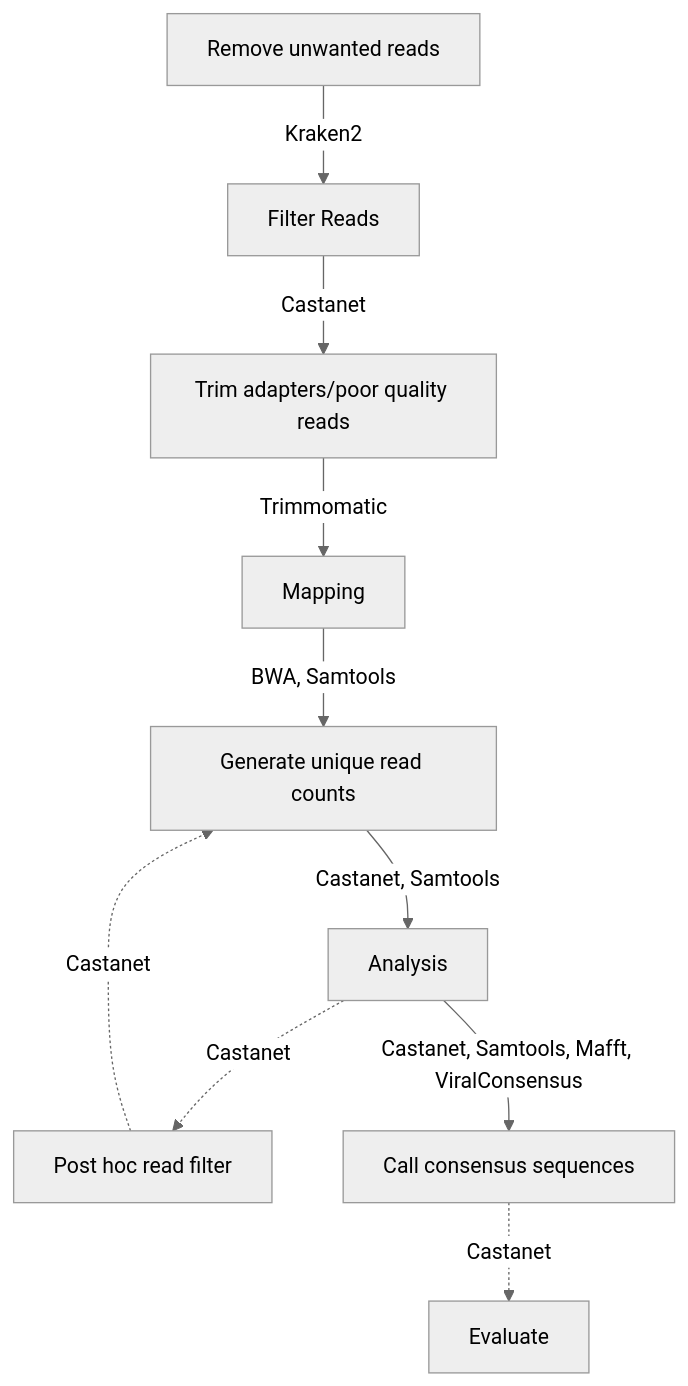
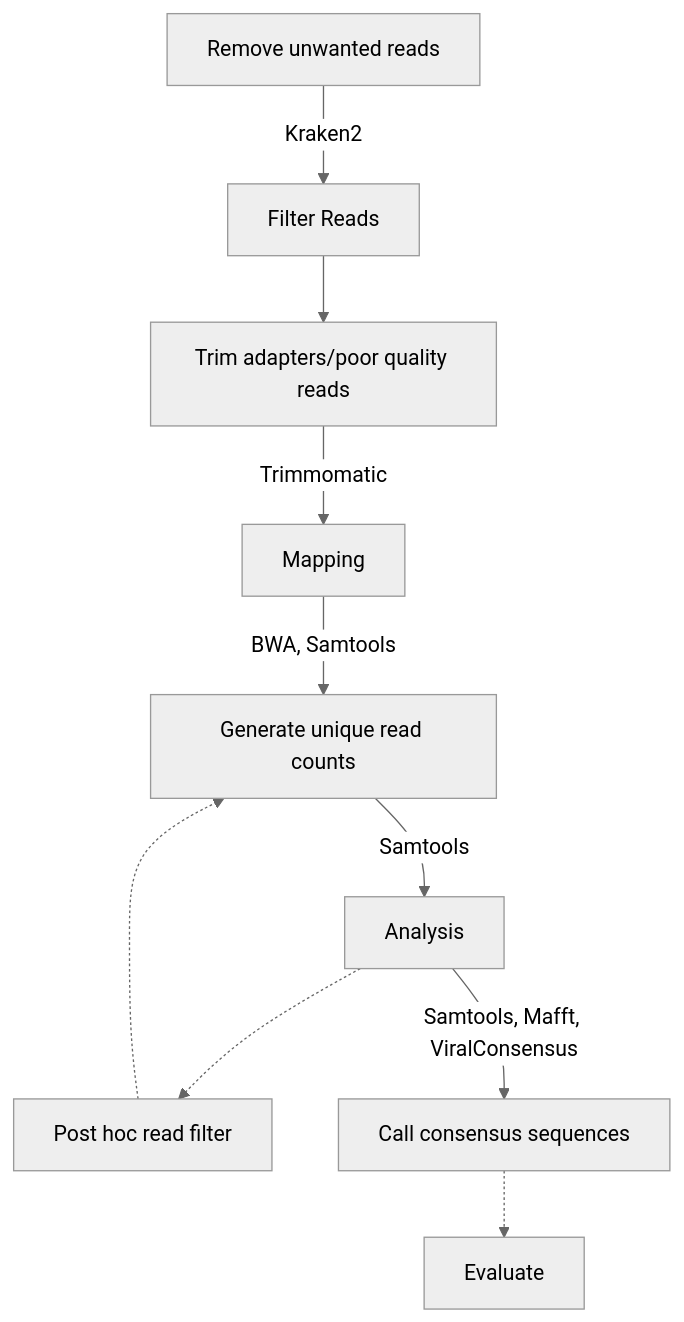
Before and after one commit to MultipathogenGenomics/castanet: the diagram in README.md, drawn with Mermaid (neutral theme). The commit also changed other lines of this file and 5 other files, not shown here.

````diff
--- a/README.md
+++ b/README.md
@@ -21,12 +21,12 @@
 ```mermaid
 flowchart TD
     A[Remove unwanted reads]-->|Kraken2|B[participant Filter Reads]
-    B[Filter Reads]-->|Castanet|C[Trim adapters/poor quality reads]
+    B[Filter Reads]-->C[Trim adapters/poor quality reads]
     C[Trim adapters/poor quality reads]-->|Trimmomatic|D[Mapping]
     D[Mapping]-->|BWA, Samtools|E[Generate unique read counts]
-    E[Generate unique read counts]-->|Castanet, Samtools|F[Analysis]
-    F[Analysis]-.->|Castanet|G[Post hoc filter]
-    F[Analysis]-->|Castanet, Samtools, Mafft, ViralConsensus|I[Call consensus sequences]
-    I[Call consensus sequences]-.->|Castanet|J[Evaluate]
-    G[Post hoc read filter]-.->|Castanet|E
+    E[Generate unique read counts]-->|Samtools|F[Analysis]
+    F[Analysis]-.->G[Post hoc filter]
+    F[Analysis]-->|Samtools, Mafft, ViralConsensus|I[Call consensus sequences]
+    I[Call consensus sequences]-.->J[Evaluate]
+    G[Post hoc read filter]-.->E
 ```
````
